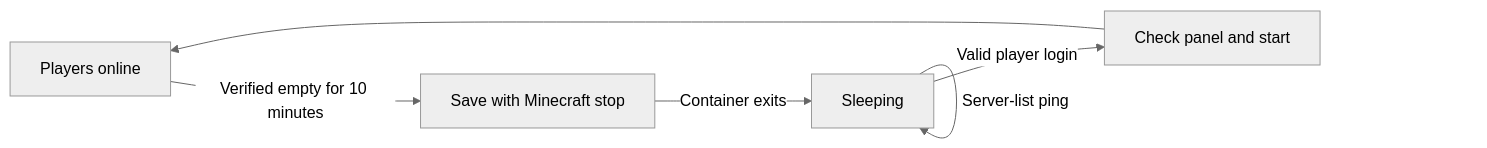
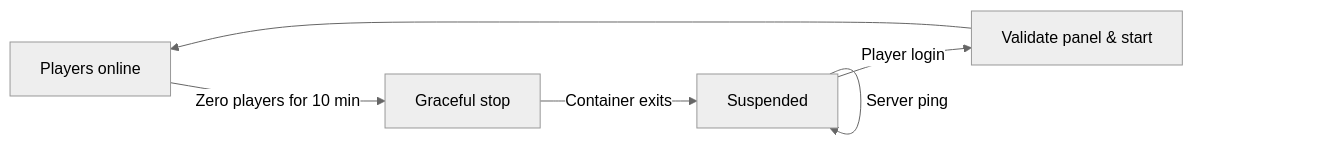
The diagram in README.md (panasaurus/wings), drawn with Mermaid (neutral theme) before and after one commit. The commit also changed other lines of this file and 3 other files, not shown here.

````diff
--- a/README.md
+++ b/README.md
@@ -100,8 +86,8 @@
 ```mermaid
 flowchart LR
-    playing["Players online"] -->|"Verified empty for 10 minutes"| save["Save with Minecraft stop"]
-    save -->|"Container exits"| sleep["Sleeping"]
-    sleep -->|"Valid player login"| wake["Check panel and start"]
+    playing["Players online"] -->|"Zero players for 10 min"| save["Graceful stop"]
+    save -->|"Container exits"| sleep["Suspended"]
+    sleep -->|"Player login"| wake["Validate panel & start"]
     wake --> playing
-    sleep -->|"Server-list ping"| sleep
+    sleep -->|"Server ping"| sleep
 ```
````
